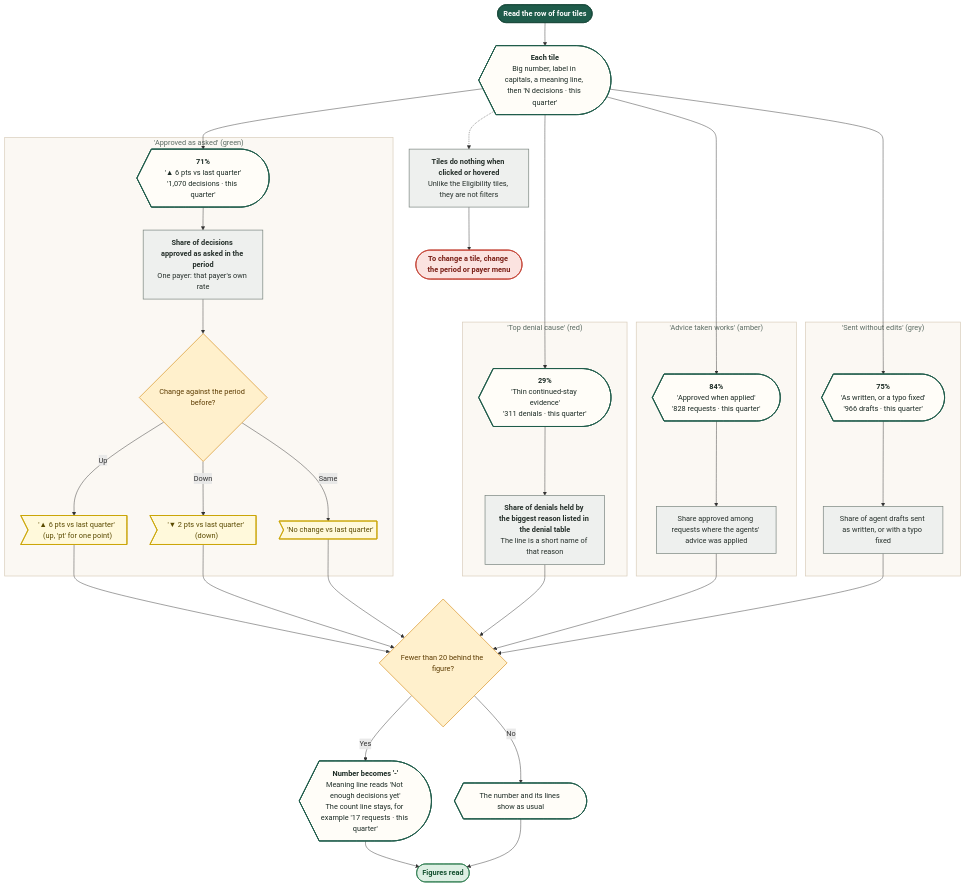
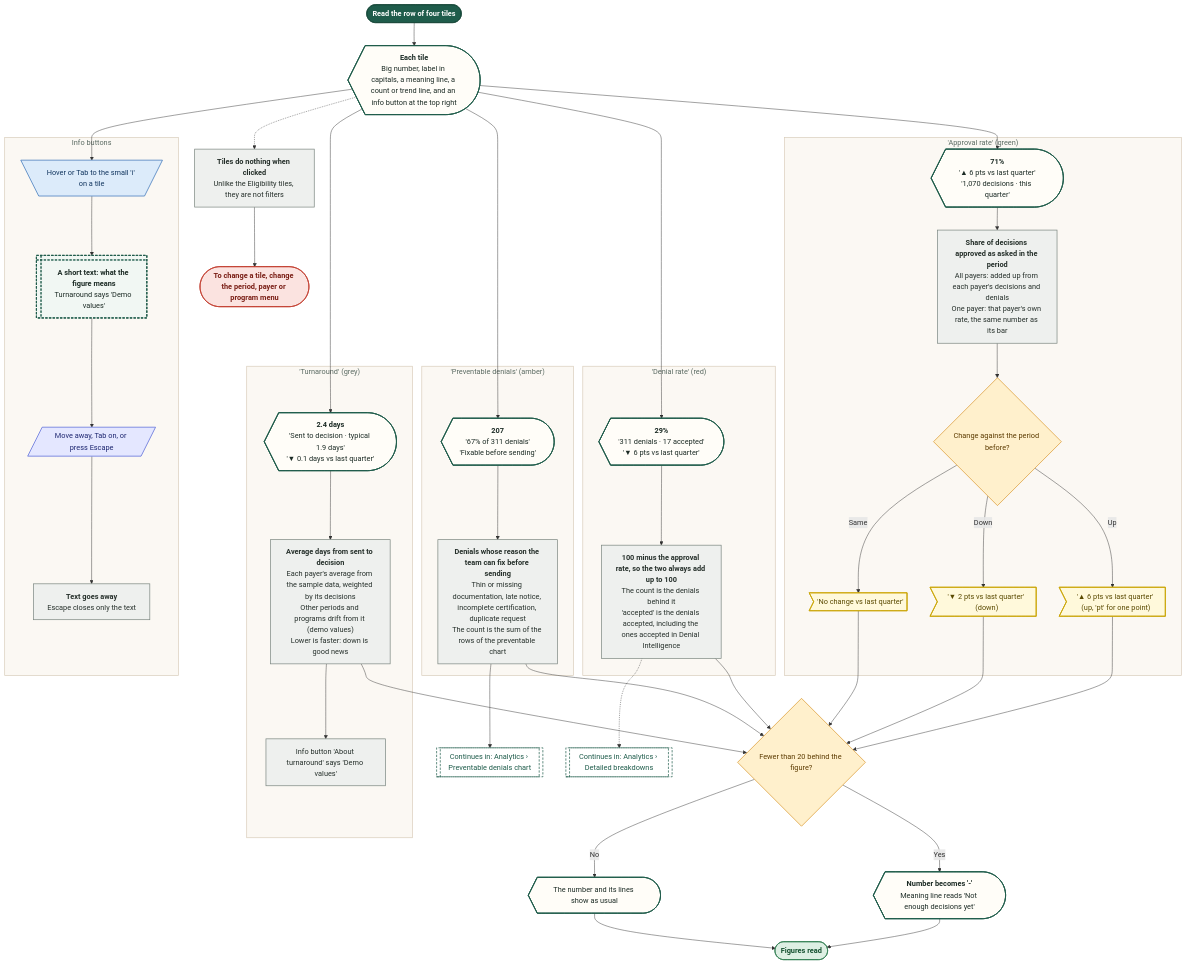
The diagram in demos/prior-auth-demo/workflows/out/mmd/08-analytics/12-four-tiles.mmd (Shrav143/psyfloapp), drawn with Mermaid before and after one commit. The commit also changed 192 other files, not shown here.

First line of the commit message:
docs: changelog by sidebar tab; README, diagrams and Settings layout aligned with the refinement; shared InfoTip; referral cost-share line

```diff
--- a/demos/prior-auth-demo/workflows/out/mmd/08-analytics/12-four-tiles.mmd
+++ b/demos/prior-auth-demo/workflows/out/mmd/08-analytics/12-four-tiles.mmd
@@ -1,70 +1,87 @@
 %%{init: {"theme":"base","themeVariables":{"fontFamily":"'DM Sans', 'Segoe UI', system-ui, sans-serif","fontSize":"15px","lineColor":"#5B6B63","primaryTextColor":"#1C2B25","clusterBkg":"#FBF8F3","clusterBorder":"#D9CDBB","edgeLabelBackground":"#FFFFFF"},"flowchart":{"curve":"basis","nodeSpacing":36,"rankSpacing":48,"padding":12,"htmlLabels":true,"useMaxWidth":false,"wrappingWidth":230}} }%%
 flowchart TD
   classDef k_start fill:#1F5C4B,stroke:#174638,color:#FFFFFF,stroke-width:1.5px,font-weight:600
   classDef k_end fill:#DDEFE3,stroke:#2E7D4F,color:#14502F,stroke-width:1.5px,font-weight:600
   classDef k_endx fill:#FBE3E0,stroke:#C0392B,color:#7A1F16,stroke-width:1.5px,font-weight:600
   classDef k_screen fill:#FFFDF8,stroke:#1F5C4B,color:#1C2B25,stroke-width:2px
   classDef k_overlay fill:#F1F7F3,stroke:#1F5C4B,color:#1C2B25,stroke-width:2px,stroke-dasharray:5 3
   classDef k_click fill:#DCEBFA,stroke:#2F6DB5,color:#12365F,stroke-width:1.5px
   classDef k_input fill:#E4E7FF,stroke:#4C5FD5,color:#1D2670,stroke-width:1.5px
   classDef k_process fill:#EEF0EE,stroke:#7A857F,color:#26302B,stroke-width:1.5px
   classDef k_agent fill:#EEE5FA,stroke:#7A4FC2,color:#341A63,stroke-width:1.5px
   classDef k_decision fill:#FFF0CC,stroke:#D9962B,color:#5C3B00,stroke-width:1.5px
   classDef k_store fill:#D5F0EA,stroke:#1C8E7B,color:#0B4A3F,stroke-width:1.5px
   classDef k_doc fill:#F6E9DC,stroke:#B07A4C,color:#4A2E14,stroke-width:1.5px
   classDef k_ext fill:#FFE6D2,stroke:#E07B39,color:#6B2F06,stroke-width:1.5px
   classDef k_wait fill:#E4E8EE,stroke:#6B7C93,color:#26303D,stroke-width:1.5px
   classDef k_toast fill:#FFF9DB,stroke:#C9A400,color:#5A4A00,stroke-width:1.5px
   classDef k_goto fill:#FFFFFF,stroke:#1F5C4B,color:#1F5C4B,stroke-width:1.5px,stroke-dasharray:5 3
   s1@{ shape: stadium, label: "Read the row of four tiles" }
-  sc@{ shape: curv-trap, label: "<b>Each tile</b><br/>Big number, label in capitals, a meaning line, then 'N decisions · this quarter'" }
-  subgraph gA ["'Approved as asked' (green)"]
+  sc@{ shape: curv-trap, label: "<b>Each tile</b><br/>Big number, label in capitals, a meaning line, a count or trend line, and an info button at the top right" }
+  subgraph gA ["'Approval rate' (green)"]
   a1@{ shape: curv-trap, label: "<b>71%</b><br/>'▲ 6 pts vs last quarter'<br/>'1,070 decisions · this quarter'" }
-  a2@{ shape: rect, label: "<b>Share of decisions approved as asked in the period</b><br/>One payer: that payer's own rate" }
+  a2@{ shape: rect, label: "<b>Share of decisions approved as asked in the period</b><br/>All payers: added up from each payer's decisions and denials<br/>One payer: that payer's own rate, the same number as its bar" }
   a3@{ shape: diam, label: "Change against the period before?" }
   a4@{ shape: odd, label: "'▲ 6 pts vs last quarter' (up, 'pt' for one point)" }
   a5@{ shape: odd, label: "'▼ 2 pts vs last quarter' (down)" }
   a6@{ shape: odd, label: "'No change vs last quarter'" }
   end
-  subgraph gB ["'Top denial cause' (red)"]
-  b1@{ shape: curv-trap, label: "<b>29%</b><br/>'Thin continued-stay evidence'<br/>'311 denials · this quarter'" }
-  b2@{ shape: rect, label: "<b>Share of denials held by the biggest reason listed in the denial table</b><br/>The line is a short name of that reason" }
+  subgraph gB ["'Denial rate' (red)"]
+  b1@{ shape: curv-trap, label: "<b>29%</b><br/>'311 denials · 17 accepted'<br/>'▼ 6 pts vs last quarter'" }
+  b2@{ shape: rect, label: "<b>100 minus the approval rate, so the two always add up to 100</b><br/>The count is the denials behind it<br/>'accepted' is the denials accepted, including the ones accepted in Denial Intelligence" }
   end
-  subgraph gC ["'Advice taken works' (amber)"]
-  c1@{ shape: curv-trap, label: "<b>84%</b><br/>'Approved when applied'<br/>'828 requests · this quarter'" }
-  c2@{ shape: rect, label: "Share approved among requests where the agents' advice was applied" }
+  subgraph gC ["'Turnaround' (grey)"]
+  c1@{ shape: curv-trap, label: "<b>2.4 days</b><br/>'Sent to decision · typical 1.9 days'<br/>'▼ 0.1 days vs last quarter'" }
+  c2@{ shape: rect, label: "<b>Average days from sent to decision</b><br/>Each payer's average from the sample data, weighted by its decisions<br/>Other periods and programs drift from it (demo values)<br/>Lower is faster: down is good news" }
+  c3@{ shape: rect, label: "Info button 'About turnaround' says 'Demo values'" }
   end
-  subgraph gD ["'Sent without edits' (grey)"]
-  d1@{ shape: curv-trap, label: "<b>75%</b><br/>'As written, or a typo fixed'<br/>'966 drafts · this quarter'" }
-  d2@{ shape: rect, label: "Share of agent drafts sent as written, or with a typo fixed" }
+  subgraph gD ["'Preventable denials' (amber)"]
+  d1@{ shape: curv-trap, label: "<b>207</b><br/>'67% of 311 denials'<br/>'Fixable before sending'" }
+  d2@{ shape: rect, label: "<b>Denials whose reason the team can fix before sending</b><br/>Thin or missing documentation, late notice, incomplete certification, duplicate request<br/>The count is the sum of the rows of the preventable chart" }
+  end
+  subgraph gI ["Info buttons"]
+  i1@{ shape: trap-t, label: "Hover or Tab to the small 'i' on a tile" }
+  i2@{ shape: win-pane, label: "<b>A short text: what the figure means</b><br/>Turnaround says 'Demo values'" }
+  i3@{ shape: lean-r, label: "Move away, Tab on, or press Escape" }
+  i4@{ shape: rect, label: "<b>Text goes away</b><br/>Escape closes only the text" }
   end
   q1@{ shape: diam, label: "Fewer than 20 behind the figure?" }
-  h1@{ shape: curv-trap, label: "<b>Number becomes '-'</b><br/>Meaning line reads 'Not enough decisions yet'<br/>The count line stays, for example '17 requests · this quarter'" }
+  h1@{ shape: curv-trap, label: "<b>Number becomes '-'</b><br/>Meaning line reads 'Not enough decisions yet'" }
   ok@{ shape: curv-trap, label: "The number and its lines show as usual" }
-  p1@{ shape: rect, label: "<b>Tiles do nothing when clicked or hovered</b><br/>Unlike the Eligibility tiles, they are not filters" }
-  e1@{ shape: stadium, label: "To change a tile, change the period or payer menu" }
+  p1@{ shape: rect, label: "<b>Tiles do nothing when clicked</b><br/>Unlike the Eligibility tiles, they are not filters" }
+  g1@{ shape: subproc, label: "Continues in: Analytics › Preventable denials chart" }
+  g2@{ shape: subproc, label: "Continues in: Analytics › Detailed breakdowns" }
+  e1@{ shape: stadium, label: "To change a tile, change the period, payer or program menu" }
   e2@{ shape: stadium, label: "Figures read" }
   s1 --> sc
   sc --> a1 & b1 & c1 & d1
   a1 --> a2 --> a3
   a3 -->|"Up"| a4
   a3 -->|"Down"| a5
   a3 -->|"Same"| a6
   b1 --> b2
-  c1 --> c2
+  c1 --> c2 --> c3
   d1 --> d2
+  sc --> i1 --> i2 --> i3 --> i4
   a4 & a5 & a6 & b2 & c2 & d2 --> q1
   q1 -->|"Yes"| h1 --> e2
   q1 -->|"No"| ok --> e2
+  d2 --> g1
+  b2 -.-> g2
   sc -.-> p1 --> e1
   class s1 k_start
   class sc,a1,b1,c1,d1,h1,ok k_screen
-  class a2,b2,c2,d2,p1 k_process
+  class a2,b2,c2,c3,d2,i4,p1 k_process
   class a3,q1 k_decision
   class a4,a5,a6 k_toast
+  class i1 k_click
+  class i2 k_overlay
+  class i3 k_input
+  class g1,g2 k_goto
   class e1 k_endx
   class e2 k_end
   style gA fill:#FBF8F3,stroke:#D9CDBB,stroke-width:1.5px,color:#5B6B63
   style gB fill:#FBF8F3,stroke:#D9CDBB,stroke-width:1.5px,color:#5B6B63
   style gC fill:#FBF8F3,stroke:#D9CDBB,stroke-width:1.5px,color:#5B6B63
   style gD fill:#FBF8F3,stroke:#D9CDBB,stroke-width:1.5px,color:#5B6B63
+  style gI fill:#FBF8F3,stroke:#D9CDBB,stroke-width:1.5px,color:#5B6B63
```
